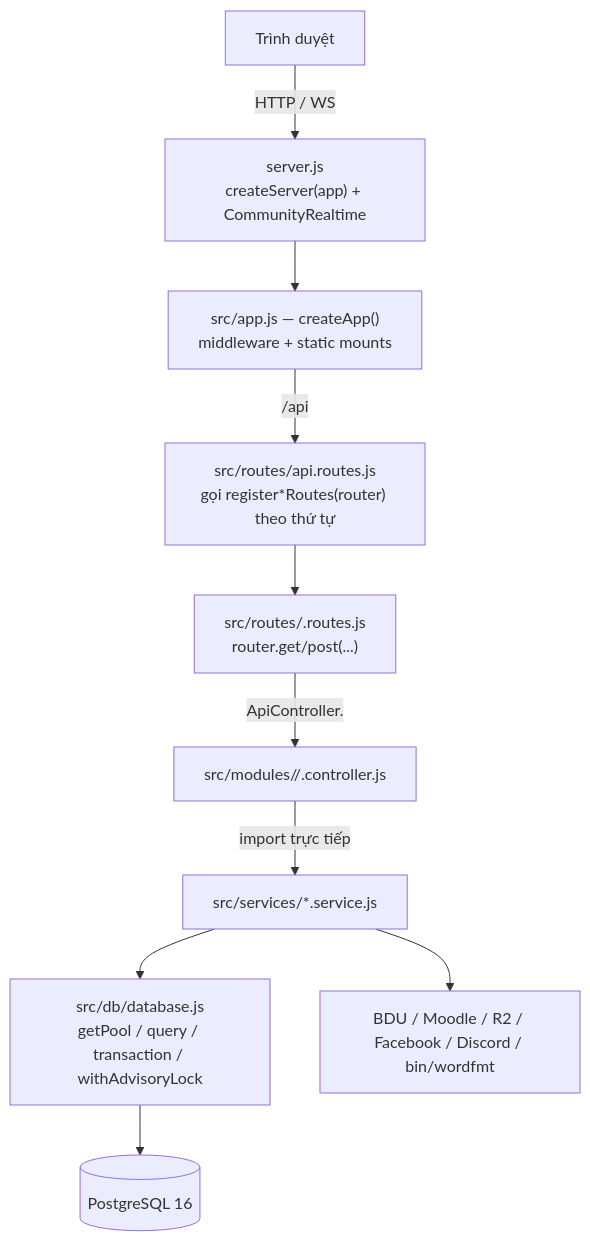
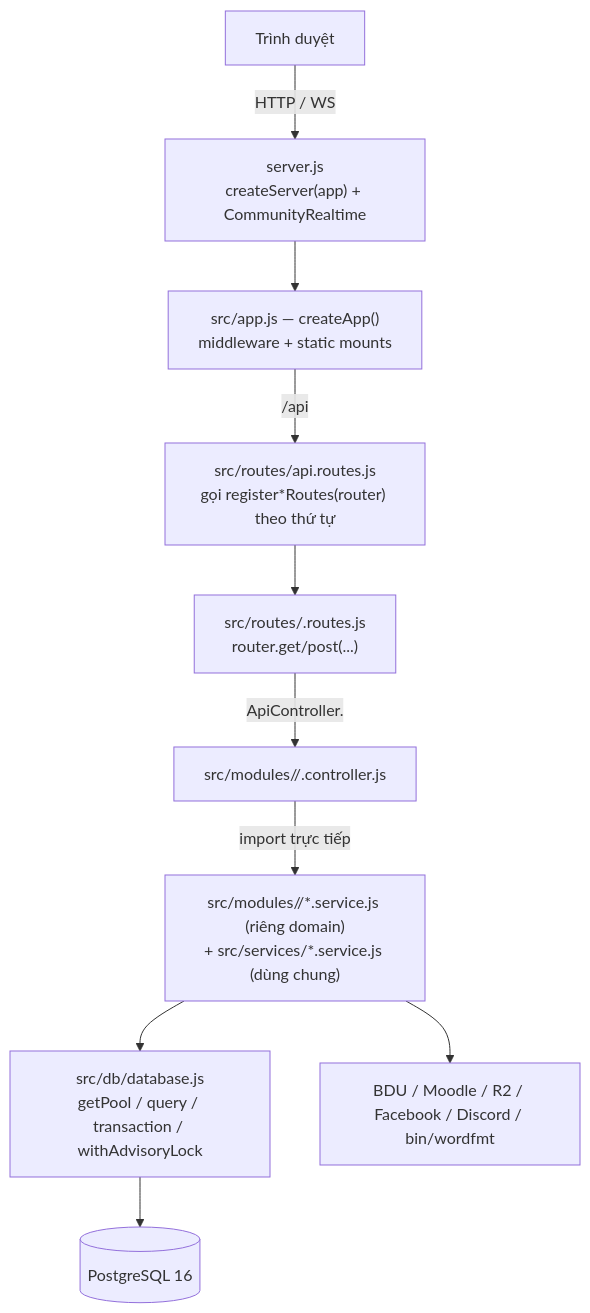
The diagram in docs/architecture.md (vdat293/bdu-tu-hoc), drawn with Mermaid before and after one commit. The commit also changed other lines of this file and 3 other files, not shown here.

````diff
--- a/docs/architecture.md
+++ b/docs/architecture.md
@@ -11,12 +11,12 @@
 ```mermaid
 flowchart TD
     BROWSER["Trình duyệt"] -->|HTTP / WS| SERVER["server.js<br/>createServer(app) + CommunityRealtime"]
     SERVER --> APP["src/app.js — createApp()<br/>middleware + static mounts"]
     APP -->|/api| ASSEMBLER["src/routes/api.routes.js<br/>gọi register*Routes(router) theo thứ tự"]
     ASSEMBLER --> ROUTEFILE["src/routes/<domain>.routes.js<br/>router.get/post(...)"]
     ROUTEFILE -->|ApiController.<method>| CTRL["src/modules/<domain>/<domain>.controller.js"]
-    CTRL -->|import trực tiếp| SVC["src/services/<domain>*.service.js"]
+    CTRL -->|import trực tiếp| SVC["src/modules/<domain>/*.service.js (riêng domain)<br/>+ src/services/*.service.js (dùng chung)"]
     SVC --> DB["src/db/database.js<br/>getPool / query / transaction / withAdvisoryLock"]
     DB --> PGSQL[(PostgreSQL 16)]
     SVC --> EXT["BDU / Moodle / R2 / Facebook / Discord / bin/wordfmt"]
 ```
````
